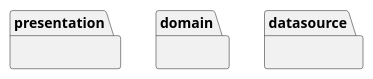
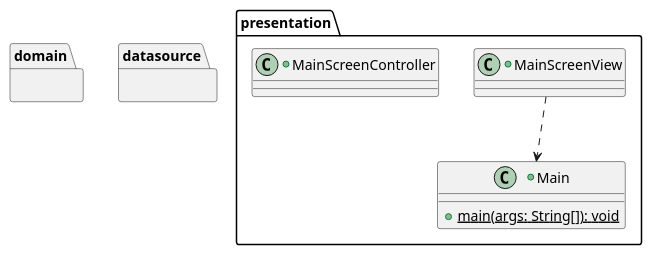
The diagram in src/docs/BookApp.puml (ysilksa/cs396proj), drawn with PlantUML before and after one commit.

Commit message:
add main screen view and controller

```diff
--- a/src/docs/BookApp.puml
+++ b/src/docs/BookApp.puml
@@ -1,12 +1,25 @@
 @startuml
 
 package presentation {
+    +class Main {
+        +{static}main(args: String[]): void
+    }
+
+    +class MainScreenView {
+
+    }
+
+    +class MainScreenController {
+    }
+    
 }
 
 package domain {
 }
 
 package datasource {
 }
 
+MainScreenView ..> Main
+
 @enduml
```
